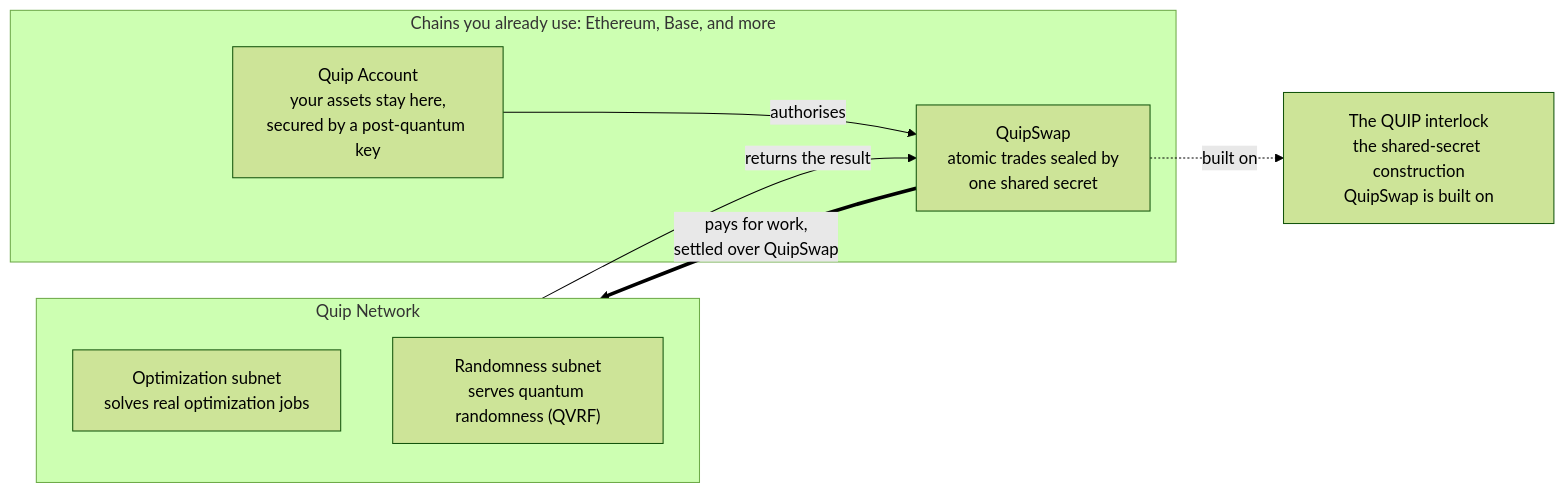
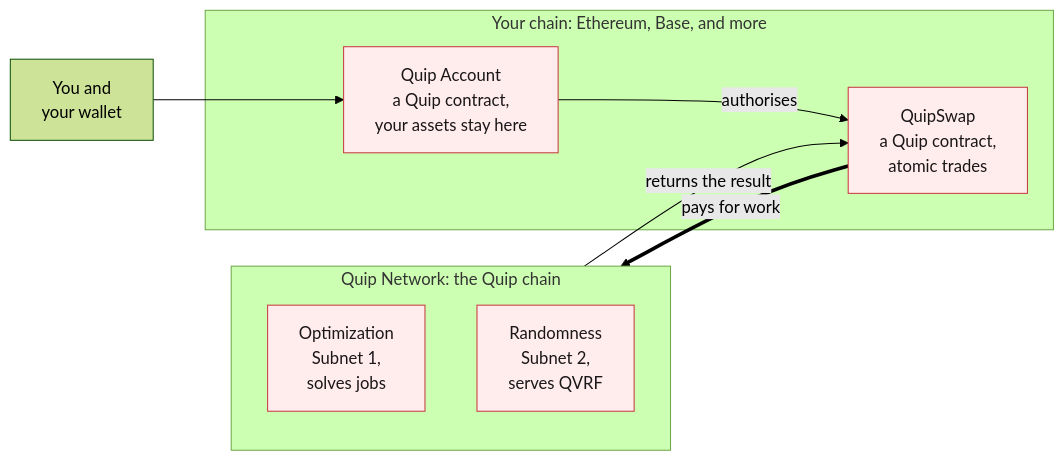
Before and after one commit to QuipNetwork/developers.quip.network: the first of 2 diagrams in docs/interlock/how-quip-fits-together.md, drawn with Mermaid (forest theme). The commit also changed other lines of this file and 1 other file, not shown here.

Commit message:
docs: rebuild architecture diagram per review, compact who-pays-whom layout
Architecture diagram now models the network accurately per Brent's
review: you/your wallet outside everything, Quip contracts highlighted
on your chain, Quip Network box holds only the chain and its numbered
subnets, floating interlock box replaced by a reading-the-picture
caption. Who-pays-whom flipped horizontal with short labels so it
renders compactly (also reduces GitBook's mermaid scroll-zoom capture).

````diff
--- a/docs/interlock/how-quip-fits-together.md
+++ b/docs/interlock/how-quip-fits-together.md
@@ -25,16 +25,18 @@
 ```mermaid
 flowchart LR
-    subgraph HOME["Chains you already use: Ethereum, Base, and more"]
-        A["Quip Account<br/>your assets stay here,<br/>secured by a post-quantum key"]
-        S["QuipSwap<br/>atomic trades sealed by<br/>one shared secret"]
+    U["You and<br/>your wallet"]
+    subgraph YC["Your chain: Ethereum, Base, and more"]
+        A["Quip Account<br/>a Quip contract,<br/>your assets stay here"]
+        S["QuipSwap<br/>a Quip contract,<br/>atomic trades"]
     end
-    subgraph NET["Quip Network"]
-        OPT["Optimization subnet<br/>solves real optimization jobs"]
-        RND["Randomness subnet<br/>serves quantum randomness (QVRF)"]
+    subgraph QN["Quip Network: the Quip chain"]
+        OPT["Optimization<br/>Subnet 1,<br/>solves jobs"]
+        RND["Randomness<br/>Subnet 2,<br/>serves QVRF"]
     end
-    I["The QUIP interlock<br/>the shared-secret construction<br/>QuipSwap is built on"]
+    U --> A
     A -->|authorises| S
-    S ==>|"pays for work,<br/>settled over QuipSwap"| NET
-    NET -->|returns the result| S
-    S -.->|built on| I
+    S ==>|pays for work| QN
+    QN -->|returns the result| S
+    classDef quip fill:#FFEDEE,stroke:#C93A3F,color:#1A1618
+    class A,S,OPT,RND quip
 ```
````
